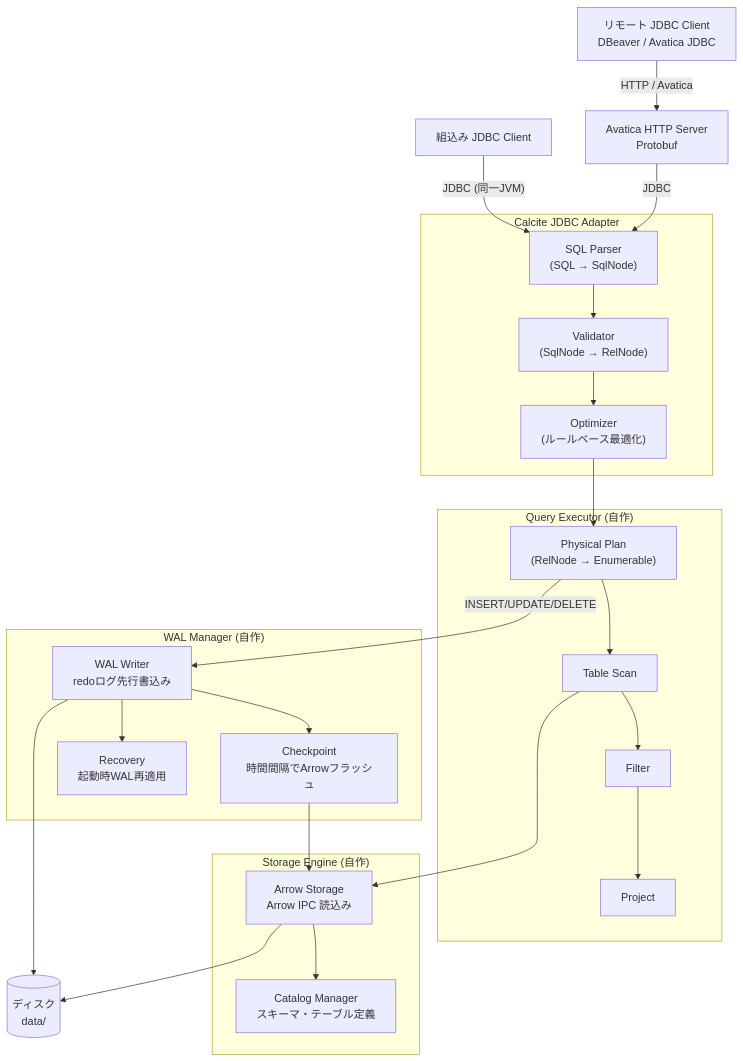
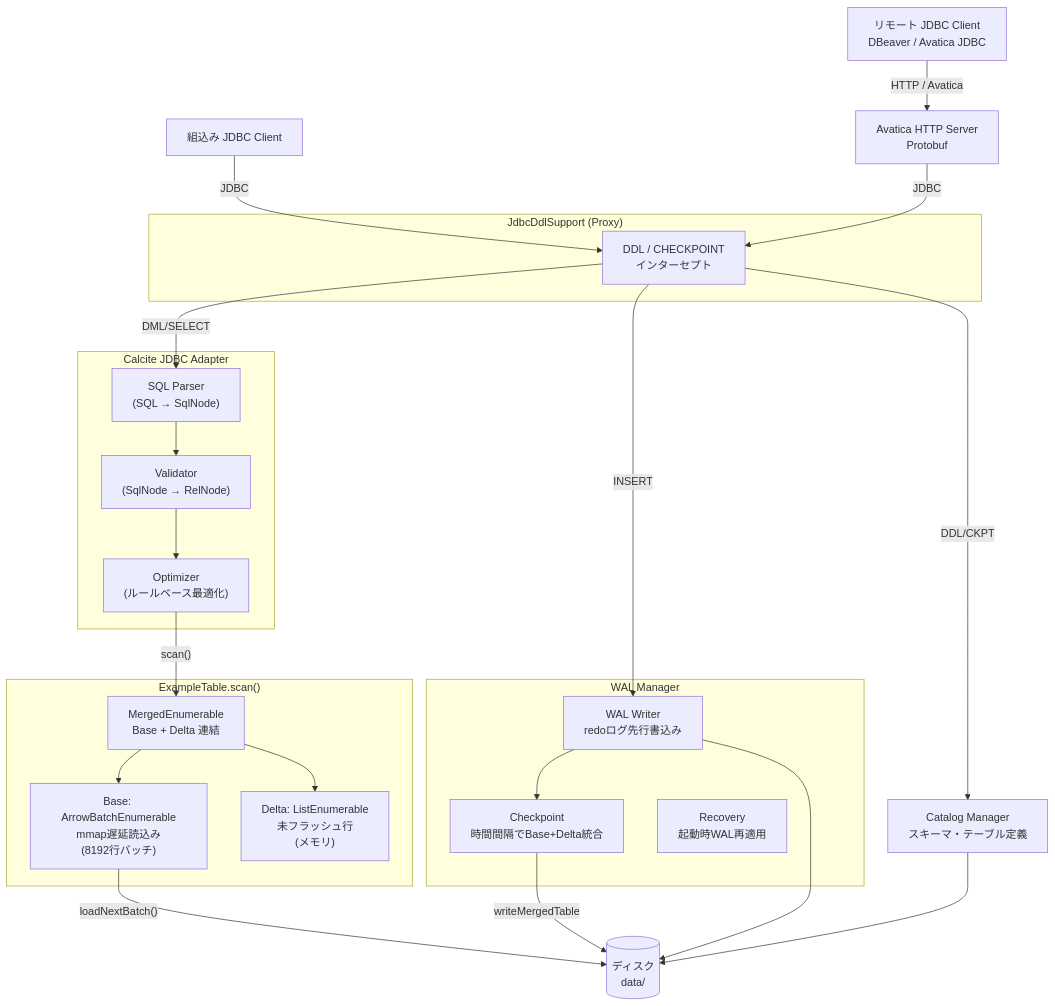
Before and after one commit to n-noguchi/example-rdb: the first of 9 diagrams in docs/DESIGN.md, drawn with Mermaid. The commit also changed other lines of this file and 13 other files, not shown here.

````diff
--- a/docs/DESIGN.md
+++ b/docs/DESIGN.md
@@ -15,50 +15,48 @@
 ```mermaid
 graph TB
     Client[組込み JDBC Client]
     RemoteClient[リモート JDBC Client<br/>DBeaver / Avatica JDBC]
     Avatica[Avatica HTTP Server<br/>Protobuf]
+
+    subgraph DDL["JdbcDdlSupport (Proxy)"]
+        DdlHandler["DDL / CHECKPOINT<br/>インターセプト"]
+    end
 
     subgraph JDBC["Calcite JDBC Adapter"]
         Parser["SQL Parser<br/>(SQL → SqlNode)"]
         Validator["Validator<br/>(SqlNode → RelNode)"]
         Optimizer["Optimizer<br/>(ルールベース最適化)"]
     end
 
-    subgraph Exec["Query Executor (自作)"]
-        Planner["Physical Plan<br/>(RelNode → Enumerable)"]
-        Scan[Table Scan]
-        Filter[Filter]
-        Project[Project]
+    subgraph Scan["ExampleTable.scan()"]
+        ScanBase["Base: ArrowBatchEnumerable<br/>mmap遅延読込み<br/>(8192行バッチ)"]
+        ScanDelta["Delta: ListEnumerable<br/>未フラッシュ行<br/>(メモリ)"]
+        ScanMerge["MergedEnumerable<br/>Base + Delta 連結"]
     end
 
-    subgraph Storage["Storage Engine (自作)"]
-        ArrowReader["Arrow Storage<br/>Arrow IPC 読込み"]
-        Catalog["Catalog Manager<br/>スキーマ・テーブル定義"]
-    end
-
-    subgraph WAL["WAL Manager (自作)"]
+    subgraph WAL["WAL Manager"]
         WalWriter["WAL Writer<br/>redoログ先行書込み"]
-        Checkpoint["Checkpoint<br/>時間間隔でArrowフラッシュ"]
+        Checkpoint["Checkpoint<br/>時間間隔でBase+Delta統合"]
         Recovery["Recovery<br/>起動時WAL再適用"]
     end
 
+    Catalog["Catalog Manager<br/>スキーマ・テーブル定義"]
     Disk[(ディスク<br/>data/)]
 
-    Client -->|"JDBC (同一JVM)"| Parser
+    Client -->|"JDBC"| DdlHandler
     RemoteClient -->|"HTTP / Avatica"| Avatica
-    Avatica -->|"JDBC"| Parser
+    Avatica -->|"JDBC"| DdlHandler
+    DdlHandler -->|"DML/SELECT"| Parser
+    DdlHandler -->|"DDL/CKPT"| Catalog
     Parser --> Validator
     Validator --> Optimizer
-    Optimizer --> Planner
-    Planner --> Scan
-    Scan --> Filter
-    Filter --> Project
-    Scan --> ArrowReader
-    ArrowReader --> Catalog
-    Planner -->|"INSERT/UPDATE/DELETE"| WalWriter
+    Optimizer -->|"scan()"| ScanMerge
+    ScanMerge --> ScanBase
+    ScanMerge --> ScanDelta
+    ScanBase -->|"loadNextBatch()"| Disk
+    DdlHandler -->|"INSERT"| WalWriter
     WalWriter --> Checkpoint
-    Checkpoint --> ArrowReader
-    WalWriter --> Recovery
-    ArrowReader --> Disk
+    Checkpoint -->|"writeMergedTable"| Disk
     WalWriter --> Disk
+    Catalog --> Disk
 ```
````
